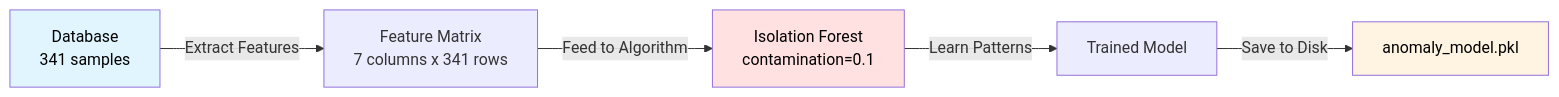
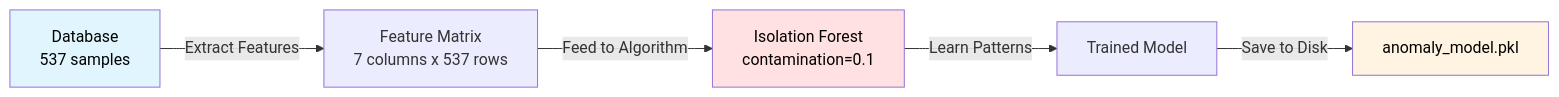
One commit to Arnav-Naive/network-monitor-ai changed the first of 2 diagrams in docs/ml-workflow.md. Above: the diagram before and after it, drawn with Mermaid. The commit also changed 3 other files, not shown here.

````diff
--- a/docs/ml-workflow.md
+++ b/docs/ml-workflow.md
@@ -5,11 +5,11 @@
 ```mermaid
 flowchart LR
-    A[Database<br/>341 samples] -->|Extract Features| B[Feature Matrix<br/>7 columns x 341 rows]
+    A[Database<br/>537 samples] -->|Extract Features| B[Feature Matrix<br/>7 columns x 537 rows]
     B -->|Feed to Algorithm| C[Isolation Forest<br/>contamination=0.1]
     C -->|Learn Patterns| D[Trained Model]
     D -->|Save to Disk| E[anomaly_model.pkl]
     
     style A fill:#e1f5ff,color:#000
     style C fill:#ffe1e1,color:#000
     style E fill:#fff4e1,color:#000
 ```
````
